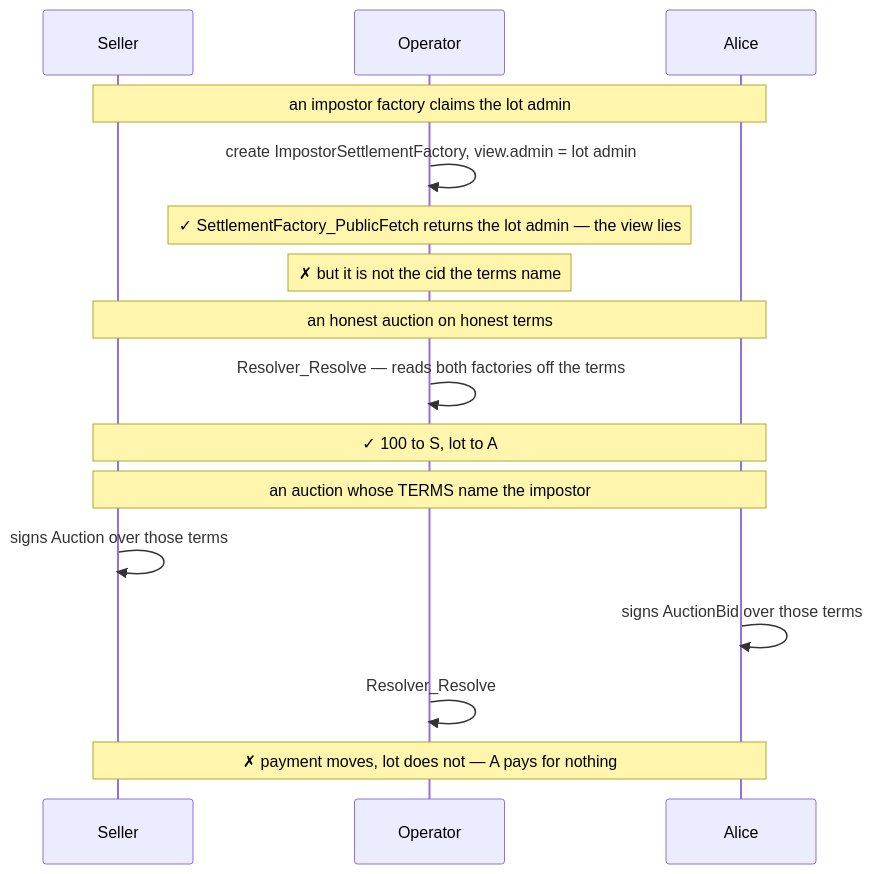
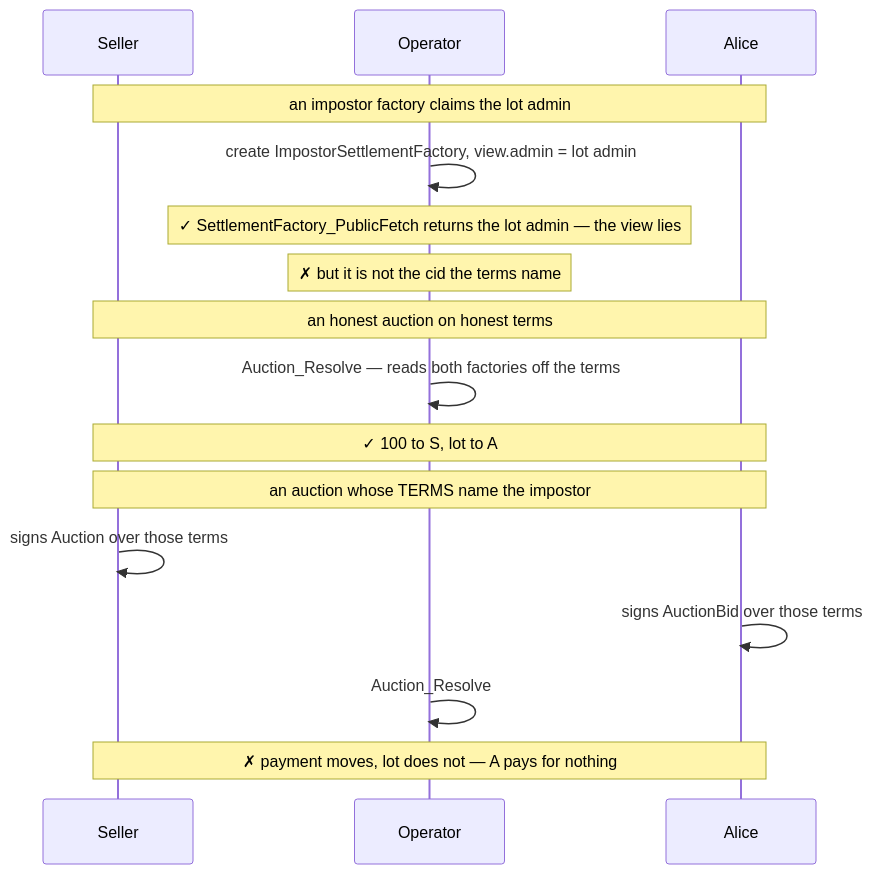
The third of 5 diagrams in examples/auctions/sealed-bid-first-price/DEMOS.md (unlockitio/concordia), drawn with Mermaid before and after one commit. The commit also changed other lines of this file and 34 other files, not shown here.

````diff
--- a/examples/auctions/sealed-bid-first-price/DEMOS.md
+++ b/examples/auctions/sealed-bid-first-price/DEMOS.md
@@ -204,21 +204,21 @@
 ```mermaid
 sequenceDiagram
     participant S as Seller
     participant O as Operator
     participant A as Alice
 
     Note over S,A: an impostor factory claims the lot admin
     O->>O: create ImpostorSettlementFactory, view.admin = lot admin
     Note over O: ✓ SettlementFactory_PublicFetch returns the lot admin — the view lies
     Note over O: ✗ but it is not the cid the terms name
 
     Note over S,A: an honest auction on honest terms
-    O->>O: Resolver_Resolve — reads both factories off the terms
+    O->>O: Auction_Resolve — reads both factories off the terms
     Note over S,A: ✓ 100 to S, lot to A
 
     Note over S,A: an auction whose TERMS name the impostor
     S->>S: signs Auction over those terms
     A->>A: signs AuctionBid over those terms
-    O->>O: Resolver_Resolve
+    O->>O: Auction_Resolve
     Note over S,A: ✗ payment moves, lot does not — A pays for nothing
 ```
````
